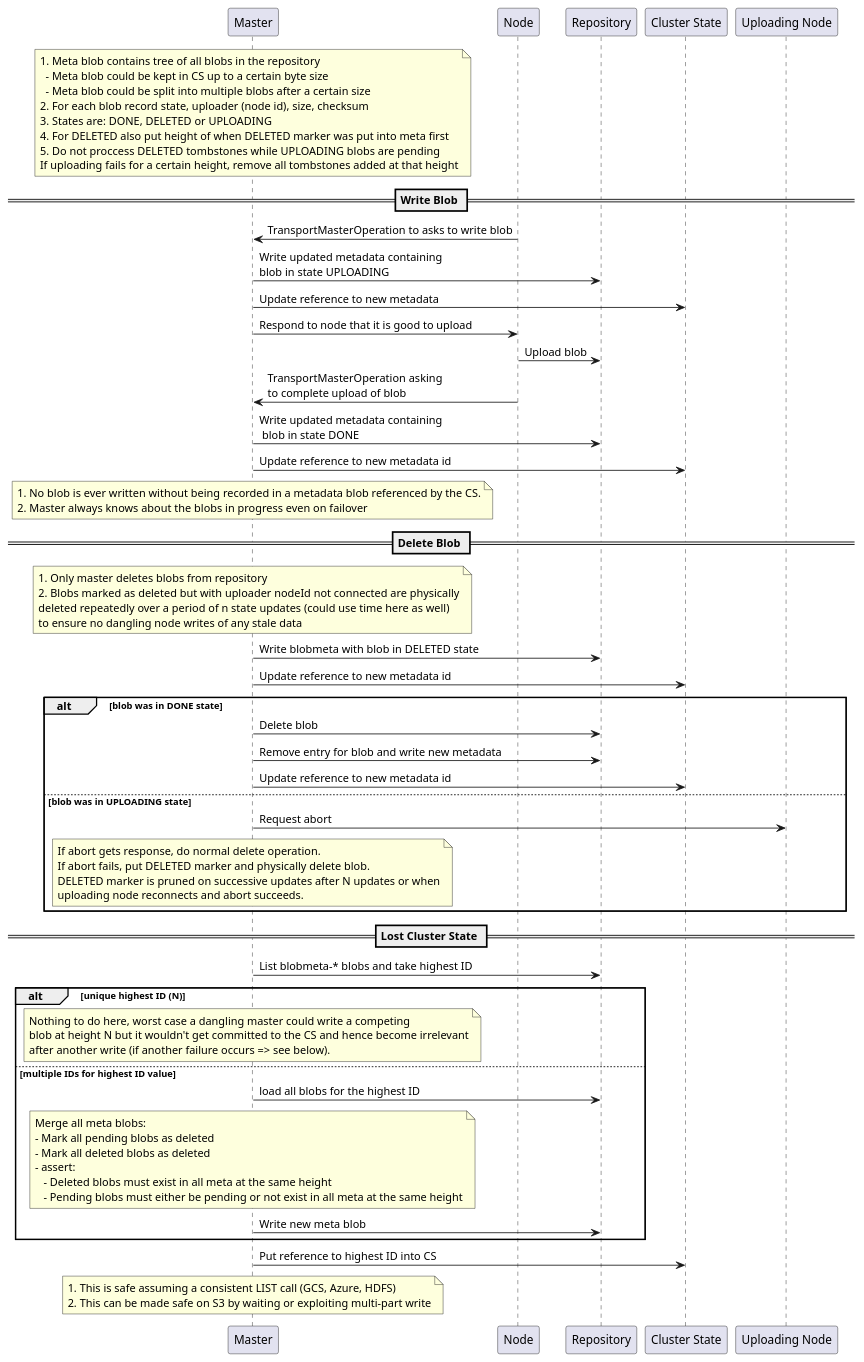
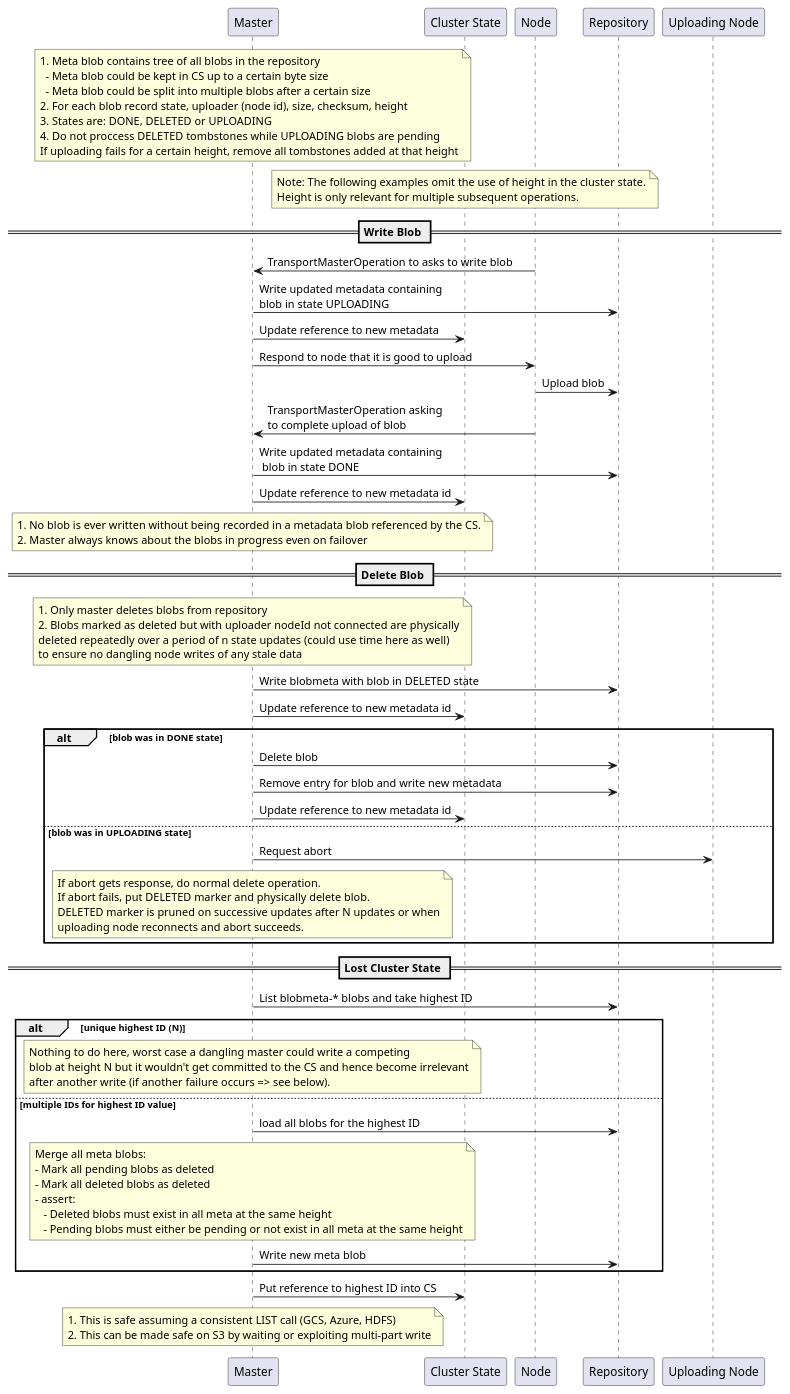
One commit to original-brownbear/elasticsearch changed the diagram in write-blob.puml. Above: the diagram before and after it, drawn with PlantUML. The commit also changed 2 other files, not shown here.

```diff
--- a/write-blob.puml
+++ b/write-blob.puml
@@ -1,86 +1,89 @@
 @startuml
 
 note over Master
 1. Meta blob contains tree of all blobs in the repository
   - Meta blob could be kept in CS up to a certain byte size
   - Meta blob could be split into multiple blobs after a certain size
-2. For each blob record state, uploader (node id), size, checksum
+2. For each blob record state, uploader (node id), size, checksum, height
 3. States are: DONE, DELETED or UPLOADING
-4. For DELETED also put height of when DELETED marker was put into meta first
-5. Do not proccess DELETED tombstones while UPLOADING blobs are pending
+4. Do not proccess DELETED tombstones while UPLOADING blobs are pending
 If uploading fails for a certain height, remove all tombstones added at that height
 end note
 
+note over "Cluster State"
+Note: The following examples omit the use of height in the cluster state.
+Height is only relevant for multiple subsequent operations.
+end note
 == Write Blob ==
 
 Node -> Master : TransportMasterOperation to asks to write blob
 Master -> Repository: Write updated metadata containing \nblob in state UPLOADING
 Master -> "Cluster State": Update reference to new metadata
 Master -> Node: Respond to node that it is good to upload
 Node -> Repository: Upload blob
 Node -> Master: TransportMasterOperation asking \nto complete upload of blob
 Master -> Repository: Write updated metadata containing\n blob in state DONE
 Master -> "Cluster State": Update reference to new metadata id
 
 note over Master
 1. No blob is ever written without being recorded in a metadata blob referenced by the CS.
 2. Master always knows about the blobs in progress even on failover
 end note
 
 == Delete Blob ==
 
 note over Master
 1. Only master deletes blobs from repository
 2. Blobs marked as deleted but with uploader nodeId not connected are physically
 deleted repeatedly over a period of n state updates (could use time here as well)
 to ensure no dangling node writes of any stale data
 end note
 
 Master -> Repository: Write blobmeta with blob in DELETED state
 Master -> "Cluster State": Update reference to new metadata id
 alt blob was in DONE state
 Master -> Repository: Delete blob
 Master -> Repository: Remove entry for blob and write new metadata
 Master -> "Cluster State": Update reference to new metadata id
 else blob was in UPLOADING state
 Master -> "Uploading Node": Request abort
 note over Master
 If abort gets response, do normal delete operation.
 If abort fails, put DELETED marker and physically delete blob.
 DELETED marker is pruned on successive updates after N updates or when
 uploading node reconnects and abort succeeds.
 end note
 end
 
 == Lost Cluster State ==
 
 Master -> Repository: List blobmeta-* blobs and take highest ID
 alt unique highest ID (N)
 note over Master
 Nothing to do here, worst case a dangling master could write a competing
 blob at height N but it wouldn't get committed to the CS and hence become irrelevant
 after another write (if another failure occurs => see below).
 end note
 else multiple IDs for highest ID value
 Master -> Repository: load all blobs for the highest ID
 
 note over Master
 Merge all meta blobs:
 - Mark all pending blobs as deleted
 - Mark all deleted blobs as deleted
 - assert:
    - Deleted blobs must exist in all meta at the same height
    - Pending blobs must either be pending or not exist in all meta at the same height
 end note
 
 Master -> Repository: Write new meta blob
 
 end
 Master -> "Cluster State": Put reference to highest ID into CS
 
 note over Master
 1. This is safe assuming a consistent LIST call (GCS, Azure, HDFS)
 2. This can be made safe on S3 by waiting or exploiting multi-part write
 end note
 
 @enduml
```
